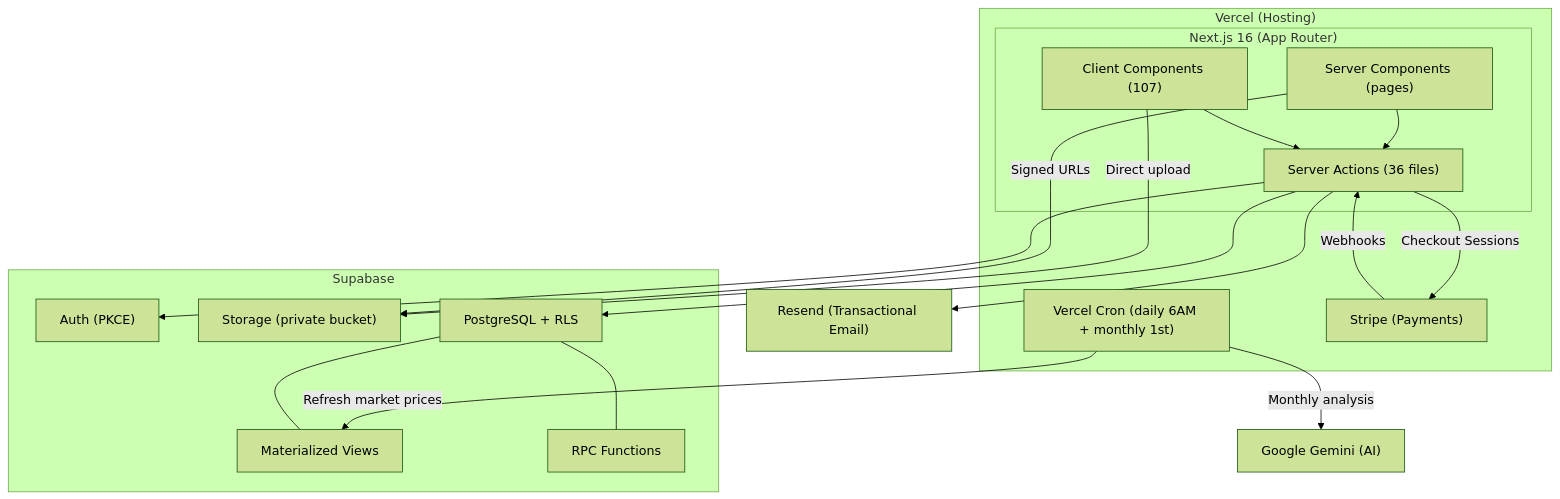
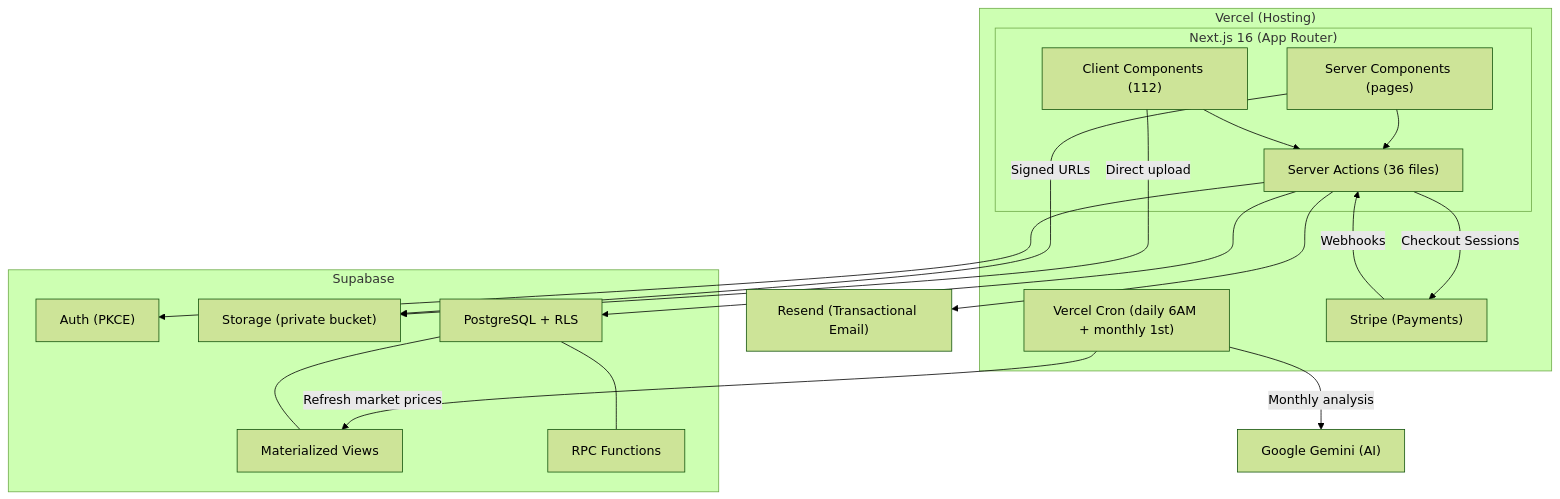
Before and after one commit to smount92/ProjectEquiscape: the diagram in docs/architecture/overview.md, drawn with Mermaid (forest theme). The commit also changed other lines of this file and 40 other files, not shown here.

````diff
--- a/docs/architecture/overview.md
+++ b/docs/architecture/overview.md
@@ -5,38 +5,38 @@
 ```mermaid
 graph TD
     subgraph Vercel["Vercel (Hosting)"]
         subgraph Next["Next.js 16 (App Router)"]
             SC["Server Components (pages)"]
-            CC["Client Components (107)"]
+            CC["Client Components (112)"]
             SA["Server Actions (36 files)"]
         end
         Cron["Vercel Cron (daily 6AM + monthly 1st)"]
         Stripe["Stripe (Payments)"]
     end
 
     subgraph Supabase["Supabase"]
         Auth["Auth (PKCE)"]
         Storage["Storage (private bucket)"]
         DB["PostgreSQL + RLS"]
         MV["Materialized Views"]
         RPC["RPC Functions"]
     end
 
     Email["Resend (Transactional Email)"]
     Gemini["Google Gemini (AI)"]
 
     SA -->|"Checkout Sessions"| Stripe
     Stripe -->|"Webhooks"| SA
     Cron -->|"Monthly analysis"| Gemini
 
     SC --> SA
     CC --> SA
     SA --> DB
     SA --> Email
     CC -->|"Direct upload"| Storage
     SC -->|"Signed URLs"| Storage
     Cron -->|"Refresh market prices"| MV
     SA --> Auth
     DB --- MV
     DB --- RPC
 ```
````
